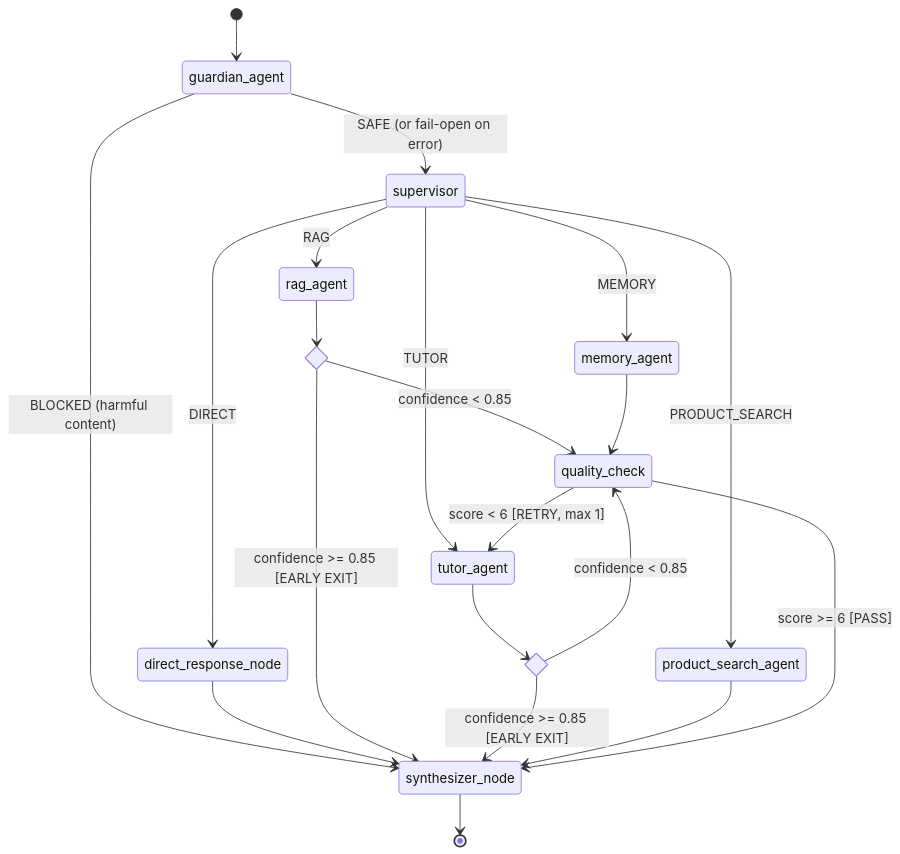
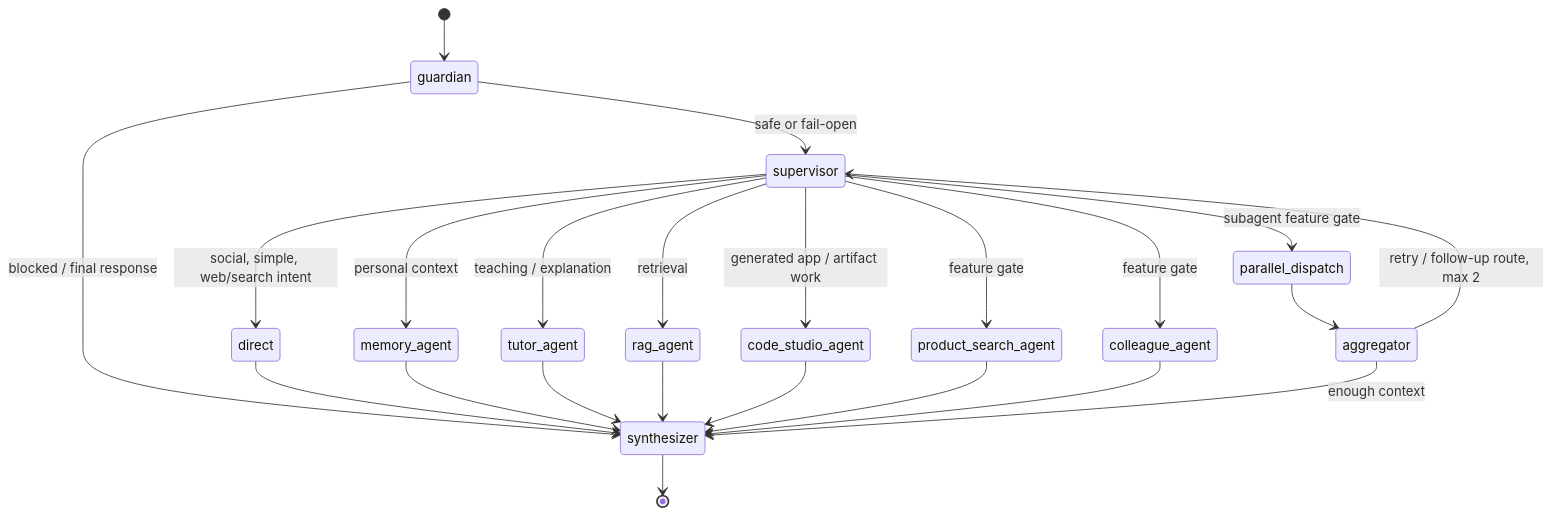
One commit to meiiie/wiii changed the fourth of 26 diagrams in maritime-ai-service/docs/architecture/SYSTEM_ARCHITECTURE.md. Above: the diagram before and after it, drawn with Mermaid. The commit also changed other lines of this file and 18 other files, not shown here.

First line of the commit message:
docs: align architecture with WiiiRunner runtime (#143)

````diff
--- a/maritime-ai-service/docs/architecture/SYSTEM_ARCHITECTURE.md
+++ b/maritime-ai-service/docs/architecture/SYSTEM_ARCHITECTURE.md
@@ -630,34 +633,30 @@
 ```mermaid
 stateDiagram-v2
-    [*] --> guardian_agent
+    [*] --> guardian
 
-    guardian_agent --> supervisor: SAFE (or fail-open on error)
-    guardian_agent --> synthesizer_node: BLOCKED (harmful content)
+    guardian --> supervisor: safe or fail-open
+    guardian --> synthesizer: blocked / final response
 
-    supervisor --> direct_response_node: DIRECT
-    supervisor --> memory_agent: MEMORY
-    supervisor --> tutor_agent: TUTOR
-    supervisor --> rag_agent: RAG
-    supervisor --> product_search_agent: PRODUCT_SEARCH
+    supervisor --> direct: social, simple, web/search intent
+    supervisor --> memory_agent: personal context
+    supervisor --> tutor_agent: teaching / explanation
+    supervisor --> rag_agent: retrieval
+    supervisor --> code_studio_agent: generated app / artifact work
+    supervisor --> product_search_agent: feature gate
+    supervisor --> colleague_agent: feature gate
+    supervisor --> parallel_dispatch: subagent feature gate
 
-    direct_response_node --> synthesizer_node
+    direct --> synthesizer
+    memory_agent --> synthesizer
+    tutor_agent --> synthesizer
+    rag_agent --> synthesizer
+    code_studio_agent --> synthesizer
+    product_search_agent --> synthesizer
+    colleague_agent --> synthesizer
 
-    state rag_check <<choice>>
-    rag_agent --> rag_check
-    rag_check --> synthesizer_node: confidence >= 0.85 [EARLY EXIT]
-    rag_check --> quality_check: confidence < 0.85
+    parallel_dispatch --> aggregator
+    aggregator --> synthesizer: enough context
+    aggregator --> supervisor: retry / follow-up route, max 2
 
-    state tutor_check <<choice>>
-    tutor_agent --> tutor_check
-    tutor_check --> synthesizer_node: confidence >= 0.85 [EARLY EXIT]
-    tutor_check --> quality_check: confidence < 0.85
-
-    memory_agent --> quality_check
-
-    product_search_agent --> synthesizer_node
-
-    quality_check --> synthesizer_node: score >= 6 [PASS]
-    quality_check --> tutor_agent: score < 6 [RETRY, max 1]
-
-    synthesizer_node --> [*]
+    synthesizer --> [*]
 ```
````
